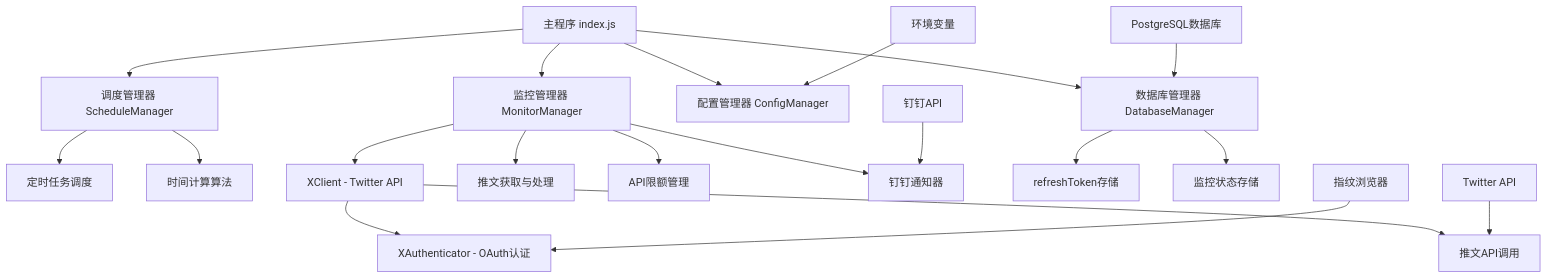
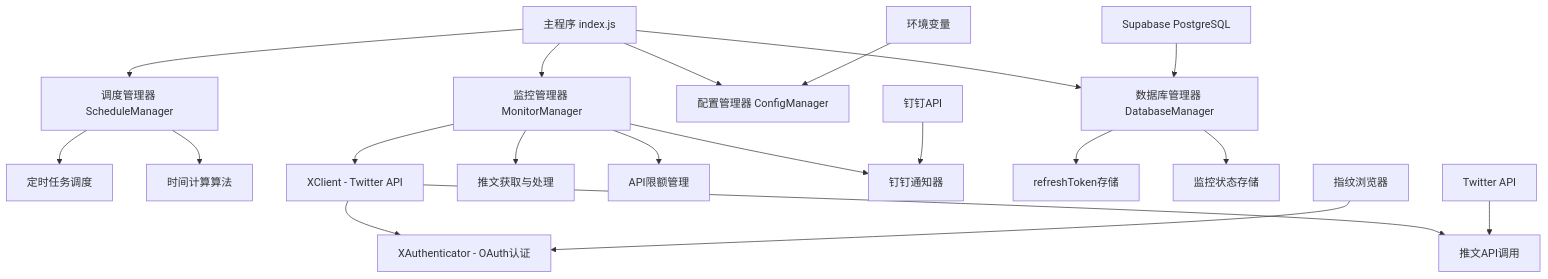
The first of 4 diagrams in TECHNICAL_DOCUMENTATION.md (gaohongxiang/monitor), drawn with Mermaid before and after one commit. The commit also changed other lines of this file and 2 other files, not shown here.

````diff
--- a/TECHNICAL_DOCUMENTATION.md
+++ b/TECHNICAL_DOCUMENTATION.md
@@ -21,28 +21,28 @@
 ```mermaid
 graph TB
     A[主程序 index.js] --> B[调度管理器 ScheduleManager]
     A --> C[监控管理器 MonitorManager]
     A --> D[配置管理器 ConfigManager]
     A --> E[数据库管理器 DatabaseManager]
     
     B --> F[定时任务调度]
     B --> G[时间计算算法]
     
     C --> H[XClient - Twitter API]
     C --> I[推文获取与处理]
     C --> J[API限额管理]
     
     H --> K[XAuthenticator - OAuth认证]
     H --> L[推文API调用]
     
     C --> M[钉钉通知器]
     
     N[环境变量] --> D
-    O[PostgreSQL数据库] --> E
+    O[Supabase PostgreSQL] --> E
     E --> P[refreshToken存储]
     E --> Q[监控状态存储]
     
     R[指纹浏览器] --> K
     S[Twitter API] --> L
     T[钉钉API] --> M
 ```
````
